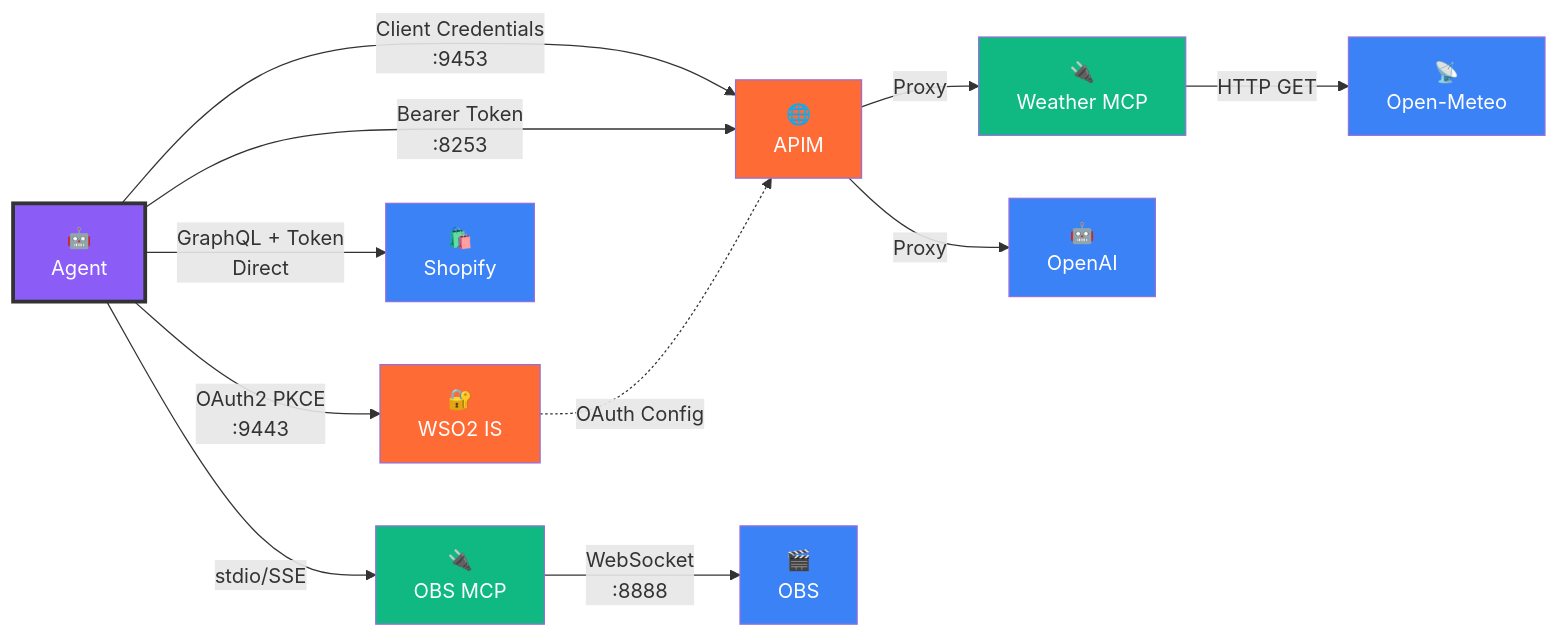
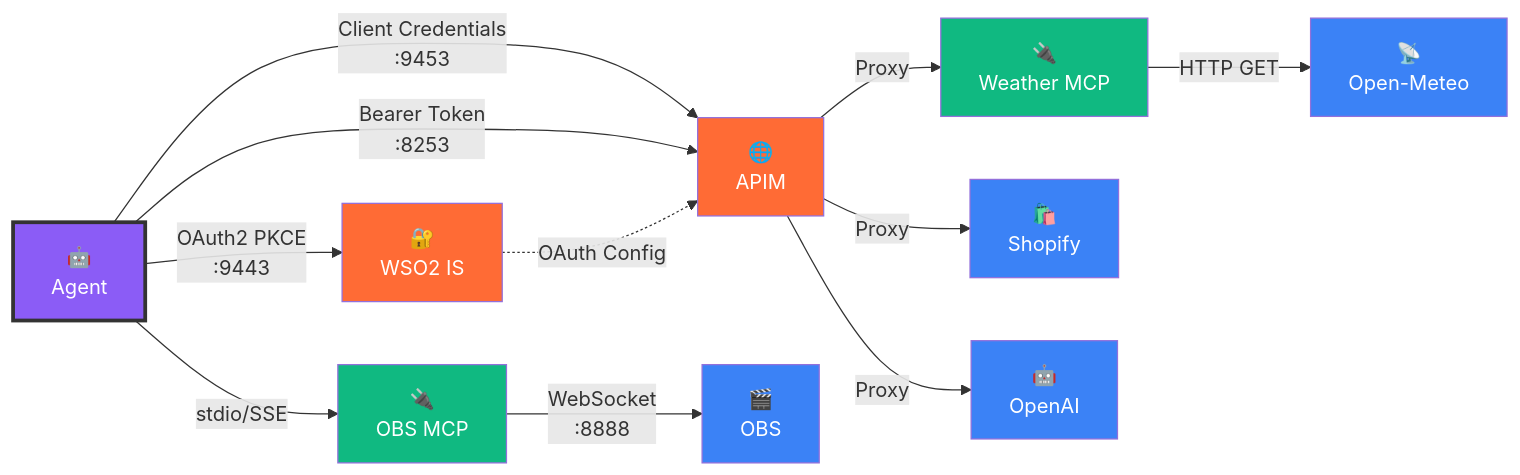
Before and after one commit to rgranadosd/charlas: the seventh of 8 diagrams in 48HSK/DIAGRAMA_COMUNICACIONES.md, drawn with Mermaid. The commit also changed other lines of this file and 3 other files, not shown here.

First line of the commit message:
refactor: Shopify API calls through APIM Gateway proxy

````diff
--- a/48HSK/DIAGRAMA_COMUNICACIONES.md
+++ b/48HSK/DIAGRAMA_COMUNICACIONES.md
@@ -273,37 +278,37 @@
 ```mermaid
 graph LR
     Agent["🤖<br/>Agent"]
     IS["🔐<br/>WSO2 IS"]
     APIM["🌐<br/>APIM"]
     Weather["🔌<br/>Weather MCP"]
     OBS_MCP["🔌<br/>OBS MCP"]
     Shopify["🛍️<br/>Shopify"]
     OpenAI["🤖<br/>OpenAI"]
     OpenMeteo["📡<br/>Open-Meteo"]
     OBS["🎬<br/>OBS"]
     
     Agent -->|OAuth2 PKCE<br/>:9443| IS
     Agent -->|Client Credentials<br/>:9453| APIM
     Agent -->|Bearer Token<br/>:8253| APIM
-    Agent -->|GraphQL + Token<br/>Direct| Shopify
     Agent -->|stdio/SSE| OBS_MCP
     
     APIM -->|Proxy| OpenAI
     APIM -->|Proxy| Weather
+    APIM -->|Proxy| Shopify
     
     Weather -->|HTTP GET| OpenMeteo
     
     OBS_MCP -->|WebSocket<br/>:8888| OBS
     
     IS -.->|OAuth Config| APIM
     
     style Agent fill:#8b5cf6,color:#fff,stroke:#333,stroke-width:3px
     style IS fill:#ff6b35,color:#fff
     style APIM fill:#ff6b35,color:#fff
     style Weather fill:#10b981,color:#fff
     style OBS_MCP fill:#10b981,color:#fff
     style Shopify fill:#3b82f6,color:#fff
     style OpenAI fill:#3b82f6,color:#fff
     style OpenMeteo fill:#3b82f6,color:#fff
     style OBS fill:#3b82f6,color:#fff
 ```
````
